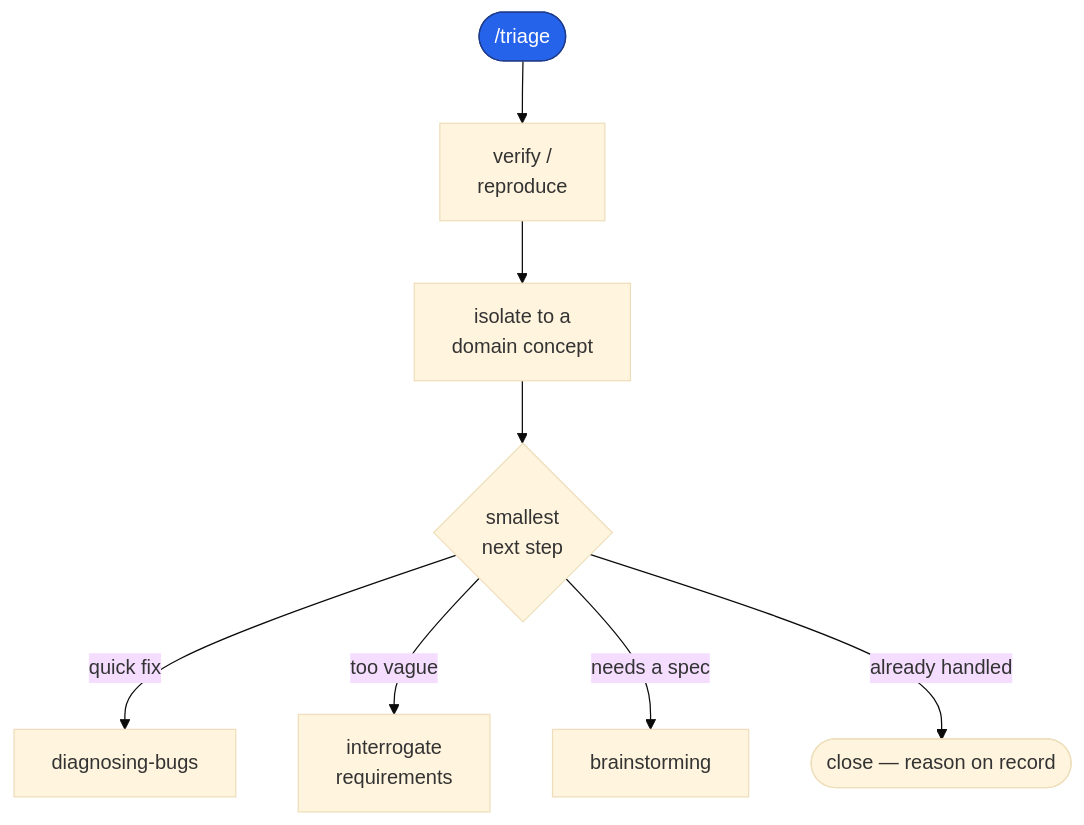
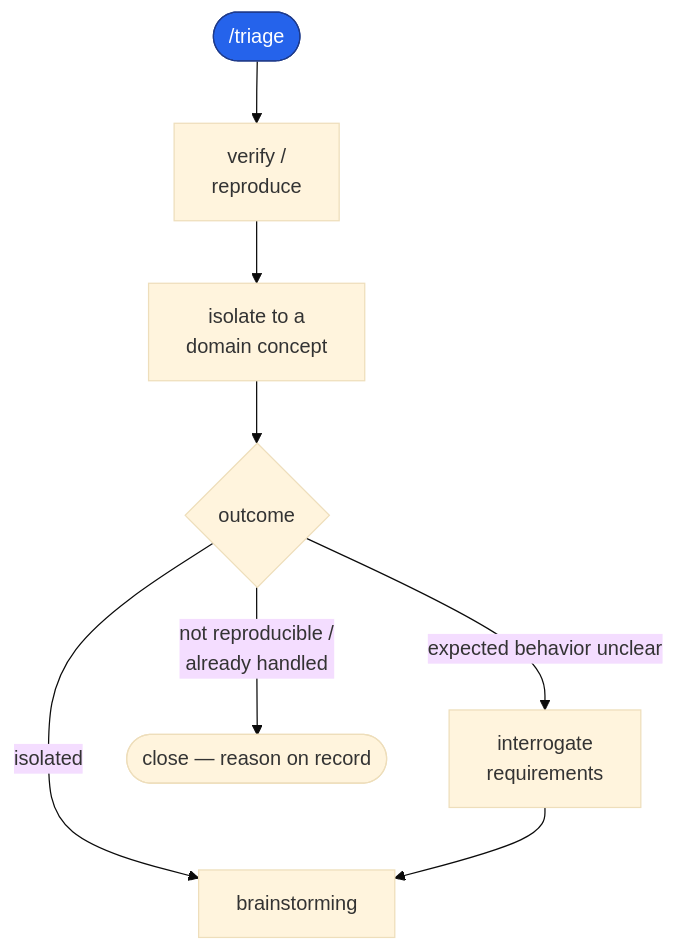
Before and after one commit to dashworthy/engineering: the third of 6 diagrams in README.md, drawn with Mermaid (base theme). The commit also changed other lines of this file and 27 other files, not shown here.

````diff
--- a/README.md
+++ b/README.md
@@ -88,12 +90,12 @@
 ```mermaid
 flowchart TD
     classDef entry fill:#2563eb,stroke:#1e3a8a,color:#fff
 
     T(["/triage"]):::entry --> T1["verify /<br/>reproduce"]
     T1 --> T2["isolate to a<br/>domain concept"]
-    T2 --> T3{"smallest<br/>next step"}
-    T3 -->|"quick fix"| QF["diagnosing-bugs"]
-    T3 -->|"too vague"| Q["interrogate<br/>requirements"]
-    T3 -->|"needs a spec"| BR["brainstorming"]
-    T3 -->|"already handled"| CL(["close — reason on record"])
+    T2 --> T3{"outcome"}
+    T3 -->|"expected behavior unclear"| Q["interrogate<br/>requirements"]
+    T3 -->|"isolated"| BR["brainstorming"]
+    T3 -->|"not reproducible /<br/>already handled"| CL(["close — reason on record"])
+    Q --> BR
 ```
````
